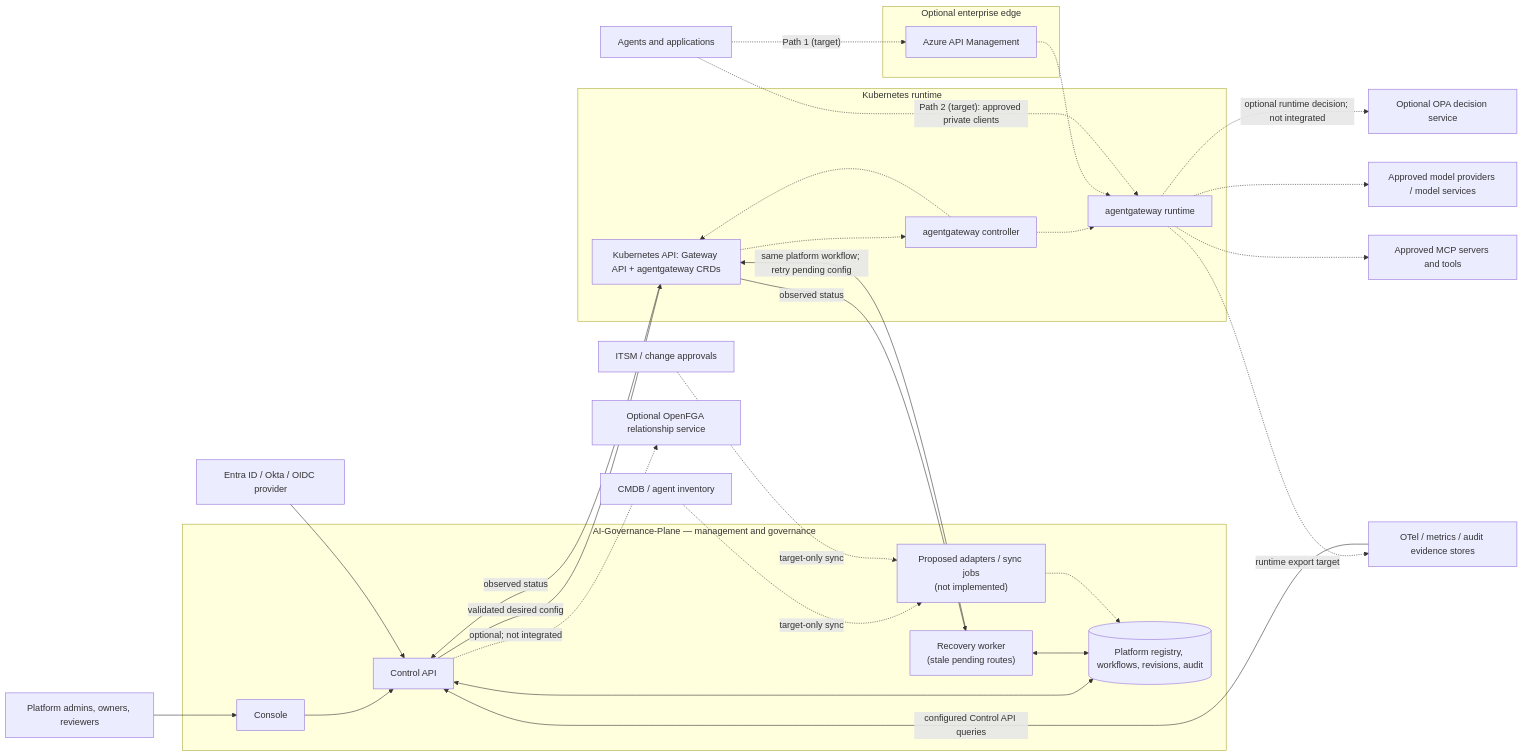
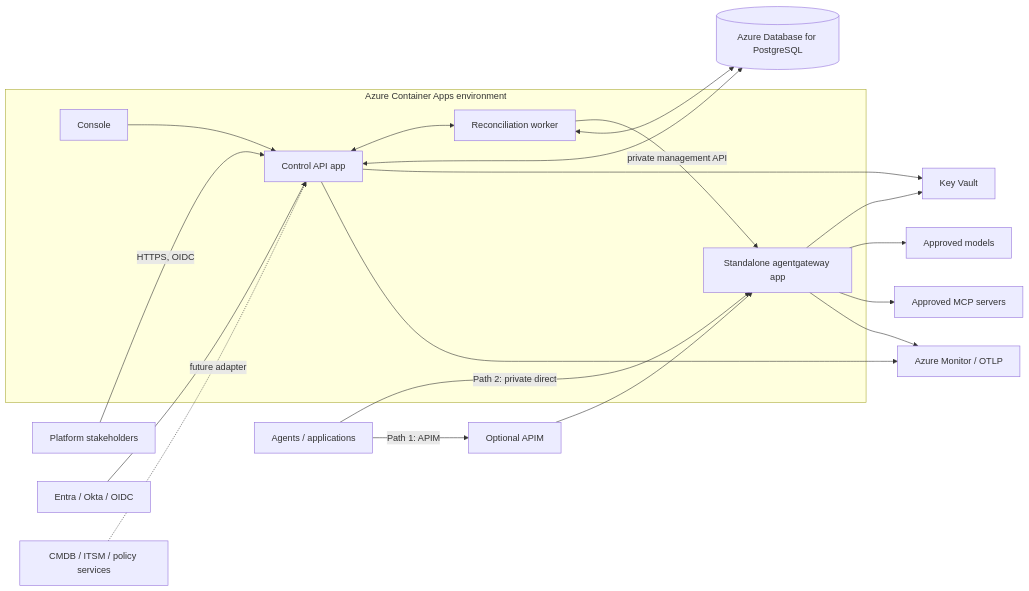
Before and after one commit to ramabaswa/AI-Governance-Plane: the first of 2 diagrams in docs/architect.md, drawn with Mermaid. The commit also changed other lines of this file and 7 other files, not shown here.

First line of the commit message:
Implement Azure Container Apps deployment for Governance Plane

````diff
--- a/docs/architect.md
+++ b/docs/architect.md
@@ -20,55 +9,39 @@
 ```mermaid
 flowchart LR
-    People["Platform admins, owners, reviewers"]
-    Agents["Agents and applications"]
-    IdP["Entra ID / Okta / OIDC provider"]
-    CMDB["CMDB / agent inventory"]
-    ITSM["ITSM / change approvals"]
-    FGA["Optional OpenFGA relationship service"]
-    OPA["Optional OPA decision service"]
+    Users["Platform stakeholders"]
+    Agents["Agents / applications"]
+    IdP["Entra / Okta / OIDC"]
+    APIM["Optional APIM"]
 
-    subgraph Plane["AI-Governance-Plane — management and governance"]
+    subgraph ACA["Azure Container Apps environment"]
         Console["Console"]
-        API["Control API"]
-        Worker["Recovery worker\n(stale pending routes)"]
-        DB[("Platform registry, workflows, revisions, audit")]
-        Sync["Proposed adapters / sync jobs\n(not implemented)"]
+        API["Control API app"]
+        Worker["Reconciliation worker"]
+        Gateway["Standalone agentgateway app"]
         Console --> API
-        API <--> DB
-        Worker <--> DB
-        Sync -.-> DB
+        API <--> Worker
+        Worker -->|"private management API"| Gateway
     end
 
-    subgraph Edge["Optional enterprise edge"]
-        APIM["Azure API Management"]
-    end
+    DB[("Azure Database for PostgreSQL")]
+    KV["Key Vault"]
+    Models["Approved models"]
+    MCP["Approved MCP servers"]
+    Telemetry["Azure Monitor / OTLP"]
+    CMDB["CMDB / ITSM / policy services"]
 
-    subgraph Runtime["Kubernetes runtime"]
-        Kube["Kubernetes API: Gateway API + agentgateway CRDs"]
-        Controller["agentgateway controller"]
-        Gateway["agentgateway runtime"]
-        Kube -.-> Controller -.-> Gateway
-        Controller -.-> Kube
-    end
-
-    Model["Approved model providers / model services"]
-    MCP["Approved MCP servers and tools"]
-    Telemetry["OTel / metrics / audit evidence stores"]
-
-    People --> Console
+    Users -->|"HTTPS, OIDC"| API
     IdP --> API
-    CMDB -. "target-only sync" .-> Sync
-    ITSM -. "target-only sync" .-> Sync
-    API -. "optional; not integrated" .-> FGA
-    Gateway -. "optional runtime decision; not integrated" .-> OPA
-    API -->|"validated desired config"| Kube
-    Worker -->|"same platform workflow; retry pending config"| Kube
-    Kube -->|"observed status"| API
-    Kube -->|"observed status"| Worker
-    Agents -.->|"Path 1 (target)"| APIM -.-> Gateway
-    Agents -.->|"Path 2 (target): approved private clients"| Gateway
-    Gateway -.-> Model
-    Gateway -.-> MCP
-    Gateway -. "runtime export target" .-> Telemetry
-    Telemetry -->|"configured Control API queries"| API
+    API <--> DB
+    Worker <--> DB
+    API --> KV
+    Gateway --> KV
+    Agents -->|"Path 1: APIM"| APIM
+    APIM --> Gateway
+    Agents -->|"Path 2: private direct"| Gateway
+    Gateway --> Models
+    Gateway --> MCP
+    API --> Telemetry
+    Gateway --> Telemetry
+    CMDB -. "future adapter" .-> API
 ```
````
